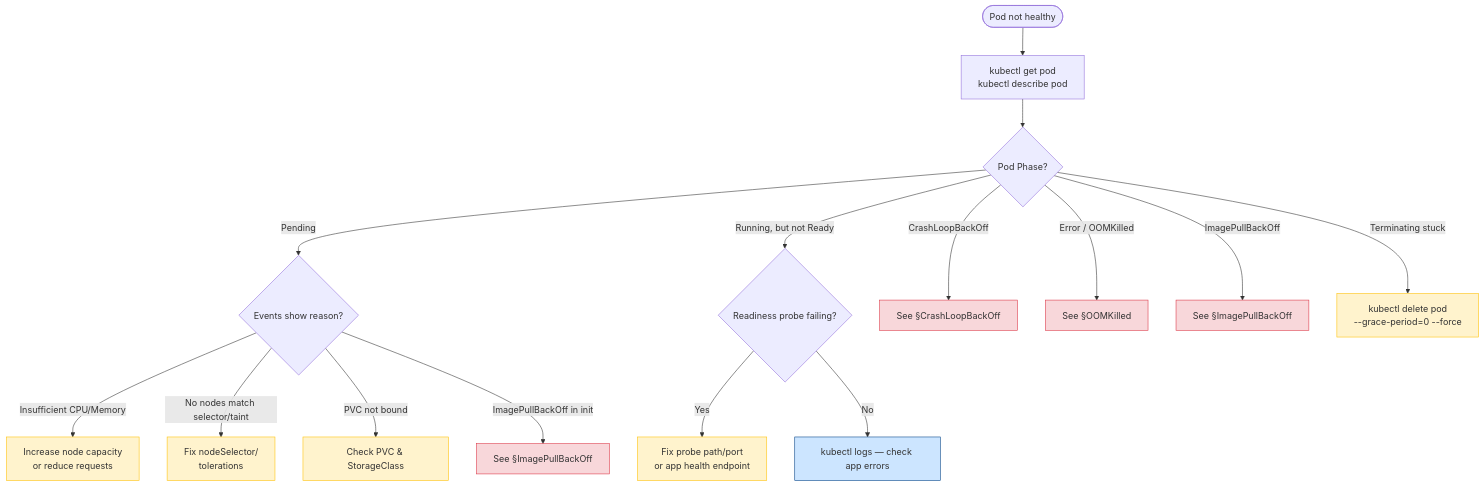
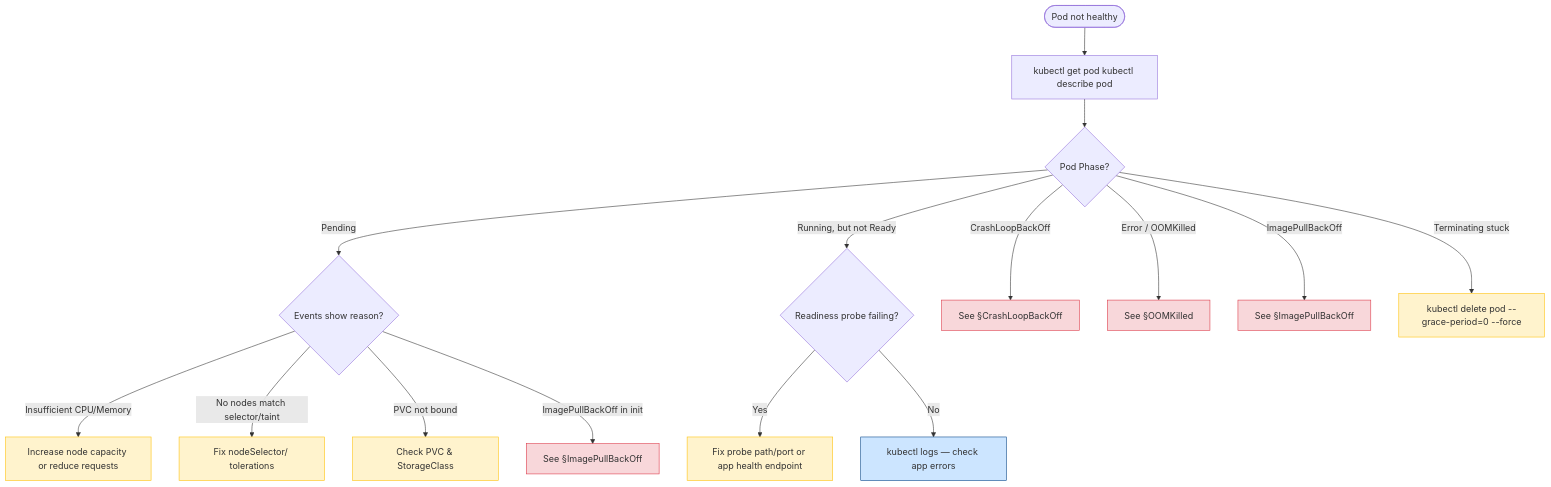
One commit to UncleJS/course_k3s changed the diagram in 15_troubleshooting/02_common_problems.md. Above: the diagram before and after it, drawn with Mermaid. The commit also changed 57 other files, not shown here.

````diff
--- a/15_troubleshooting/02_common_problems.md
+++ b/15_troubleshooting/02_common_problems.md
@@ -20,35 +20,35 @@
 ```mermaid
 flowchart TD
-    Start([Pod not healthy]) --> GetStatus[kubectl get pod\nkubectl describe pod]
+    Start([Pod not healthy]) --> GetStatus[kubectl get pod kubectl describe pod]
 
     GetStatus --> S1{Pod Phase?}
 
     S1 -->|Pending| P1{Events show reason?}
-    P1 -->|Insufficient CPU/Memory| Fix_Resources[Increase node capacity\nor reduce requests]
-    P1 -->|No nodes match selector/taint| Fix_Sched[Fix nodeSelector/\ntolerations]
+    P1 -->|Insufficient CPU/Memory| Fix_Resources[Increase node capacity or reduce requests]
+    P1 -->|No nodes match selector/taint| Fix_Sched[Fix nodeSelector/ tolerations]
     P1 -->|PVC not bound| Fix_PVC[Check PVC & StorageClass]
     P1 -->|ImagePullBackOff in init| Fix_Image[See §ImagePullBackOff]
 
     S1 -->|Running, but not Ready| P2{Readiness probe failing?}
-    P2 -->|Yes| Fix_Probe[Fix probe path/port\nor app health endpoint]
+    P2 -->|Yes| Fix_Probe[Fix probe path/port or app health endpoint]
     P2 -->|No| Check_Logs[kubectl logs — check app errors]
 
     S1 -->|CrashLoopBackOff| CL[See §CrashLoopBackOff]
 
     S1 -->|Error / OOMKilled| OOM[See §OOMKilled]
 
     S1 -->|ImagePullBackOff| IMG[See §ImagePullBackOff]
 
-    S1 -->|Terminating stuck| Term[kubectl delete pod\n--grace-period=0 --force]
+    S1 -->|Terminating stuck| Term[kubectl delete pod --grace-period=0 --force]
 
     style Fix_Resources fill:#fff3cd,stroke:#ffc107
     style Fix_Sched fill:#fff3cd,stroke:#ffc107
     style Fix_PVC fill:#fff3cd,stroke:#ffc107
     style Fix_Image fill:#f8d7da,stroke:#dc3545
     style Fix_Probe fill:#fff3cd,stroke:#ffc107
     style Check_Logs fill:#cce5ff,stroke:#004085
     style CL fill:#f8d7da,stroke:#dc3545
     style OOM fill:#f8d7da,stroke:#dc3545
     style IMG fill:#f8d7da,stroke:#dc3545
     style Term fill:#fff3cd,stroke:#ffc107
 ```
````
